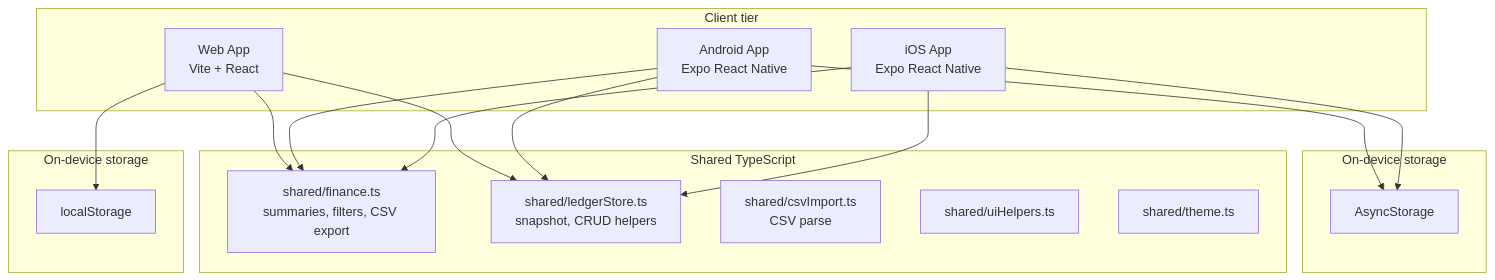
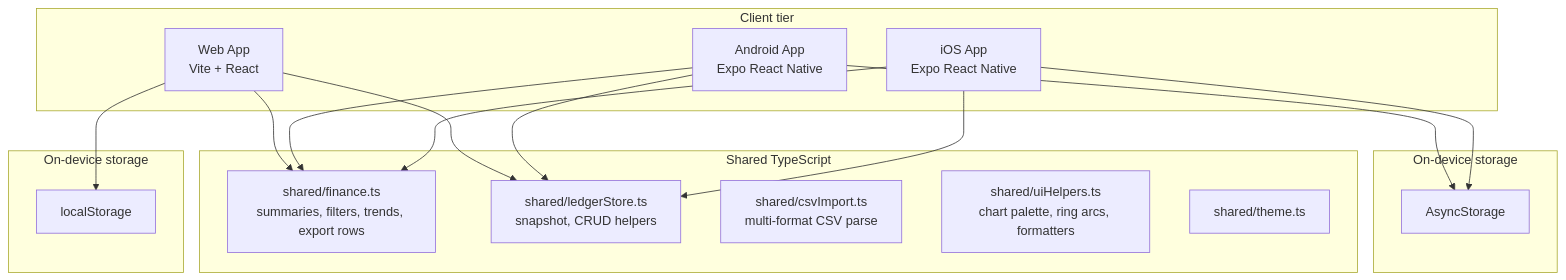
Before and after one commit to dushyant97/money-sheets: the third of 6 diagrams in README.md, drawn with Mermaid. The commit also changed other lines of this file and 14 other files, not shown here.

````diff
--- a/README.md
+++ b/README.md
@@ -242,34 +270,34 @@
 ```mermaid
 flowchart TB
   subgraph clients[Client tier]
     Web[Web App<br/>Vite + React]
     Android[Android App<br/>Expo React Native]
     IOS[iOS App<br/>Expo React Native]
   end
 
   subgraph shared[Shared TypeScript]
-    Finance[shared/finance.ts<br/>summaries, filters, CSV export]
+    Finance[shared/finance.ts<br/>summaries, filters, trends, export rows]
     Ledger[shared/ledgerStore.ts<br/>snapshot, CRUD helpers]
-    Csv[shared/csvImport.ts<br/>CSV parse]
-    UI[shared/uiHelpers.ts]
+    Csv[shared/csvImport.ts<br/>multi-format CSV parse]
+    UI[shared/uiHelpers.ts<br/>chart palette, ring arcs, formatters]
     Theme[shared/theme.ts]
   end
 
   subgraph storage[On-device storage]
     WebStore[localStorage]
   end
 
   subgraph mobileStore[On-device storage]
     Async[AsyncStorage]
   end
 
   Web --> Finance
   Android --> Finance
   IOS --> Finance
   Web --> Ledger
   Android --> Ledger
   IOS --> Ledger
   Web --> WebStore
   Android --> Async
   IOS --> Async
 ```
````
